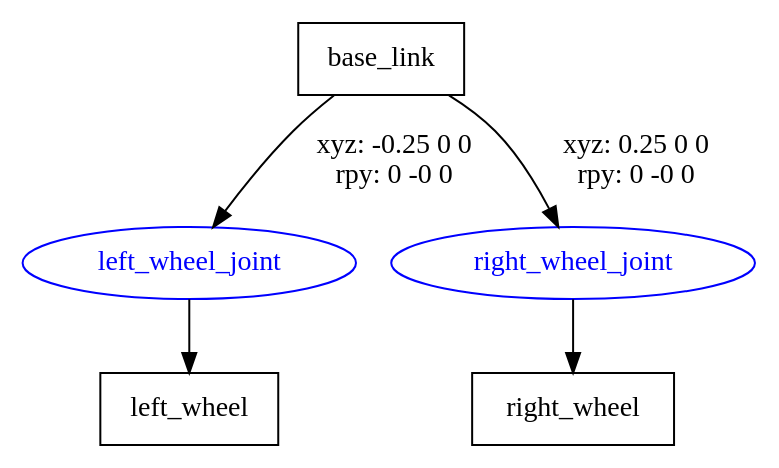
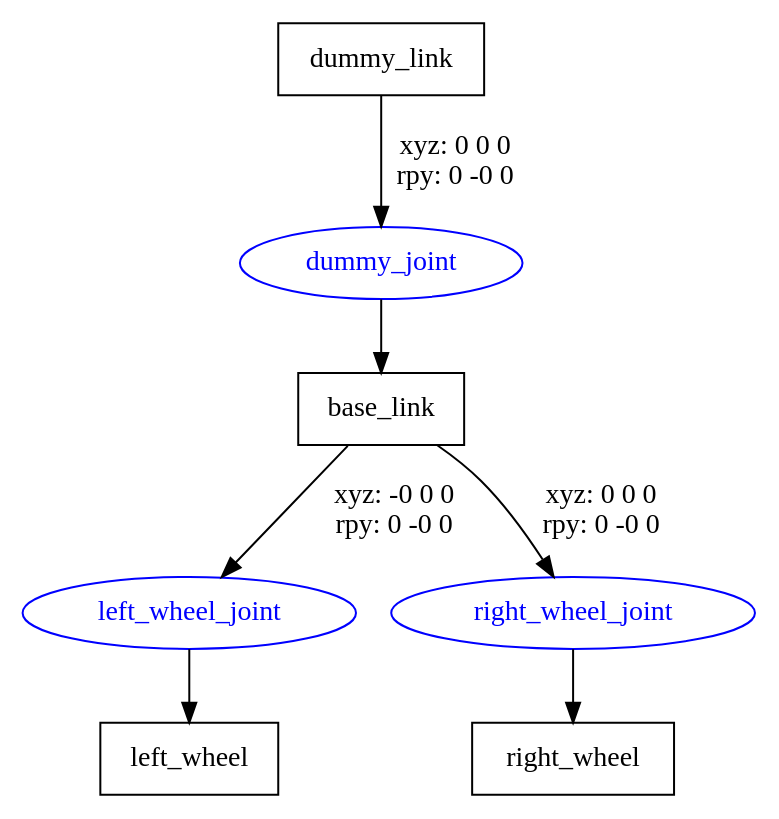
One commit to mulempyo/my_first_ros_robot changed the diagram in src/my_kwj_urdf/KWJBot.gv. Above: the diagram before and after it, drawn with Graphviz. The commit also changed 99 other files, not shown here.

```diff
--- a/src/my_kwj_urdf/KWJBot.gv
+++ b/src/my_kwj_urdf/KWJBot.gv
@@ -1,11 +1,14 @@
 digraph G {
 node [shape=box];
+"dummy_link" [label="dummy_link"];
 "base_link" [label="base_link"];
 "left_wheel" [label="left_wheel"];
 "right_wheel" [label="right_wheel"];
 node [shape=ellipse, color=blue, fontcolor=blue];
-"base_link" -> "left_wheel_joint" [label="xyz: -0.25 0 0 \nrpy: 0 -0 0"]
+"dummy_link" -> "dummy_joint" [label="xyz: 0 0 0 \nrpy: 0 -0 0"]
+"dummy_joint" -> "base_link"
+"base_link" -> "left_wheel_joint" [label="xyz: -0 0 0 \nrpy: 0 -0 0"]
 "left_wheel_joint" -> "left_wheel"
-"base_link" -> "right_wheel_joint" [label="xyz: 0.25 0 0 \nrpy: 0 -0 0"]
+"base_link" -> "right_wheel_joint" [label="xyz: 0 0 0 \nrpy: 0 -0 0"]
 "right_wheel_joint" -> "right_wheel"
 }
```
